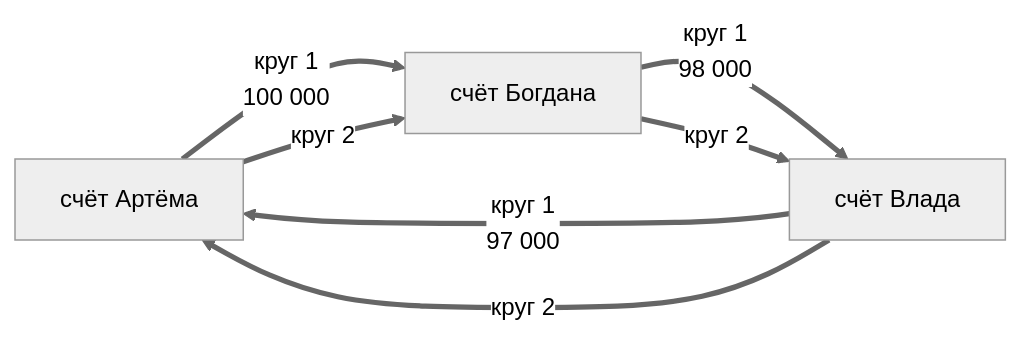
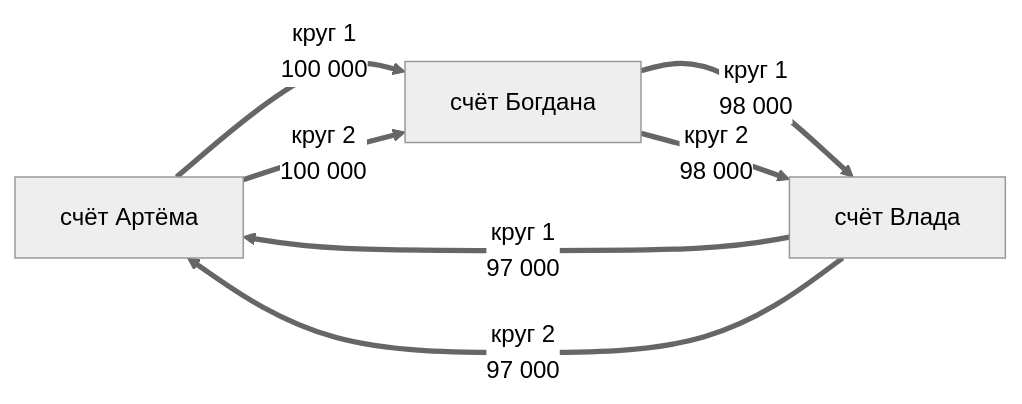
Before and after one commit to feytox/shugraph: the seventh of 8 diagrams in docs/risk.md, drawn with Mermaid (neutral theme). The commit also changed other lines of this file, not shown here.

Commit message:
docs(risks): fix cicle rule with example

````diff
--- a/docs/risk.md
+++ b/docs/risk.md
@@ -190,9 +190,9 @@
 ```mermaid
 flowchart LR
     A[счёт Артёма] ==>|круг 1<br/>100 000| B[счёт Богдана]
     B ==>|круг 1<br/>98 000| V[счёт Влада]
     V ==>|круг 1<br/>97 000| A
-    A ==>|круг 2| B
-    B ==>|круг 2| V
-    V ==>|круг 2| A
+    A ==>|круг 2<br/>100 000| B
+    B ==>|круг 2<br/>98 000| V
+    V ==>|круг 2<br/>97 000| A
 ```
````
